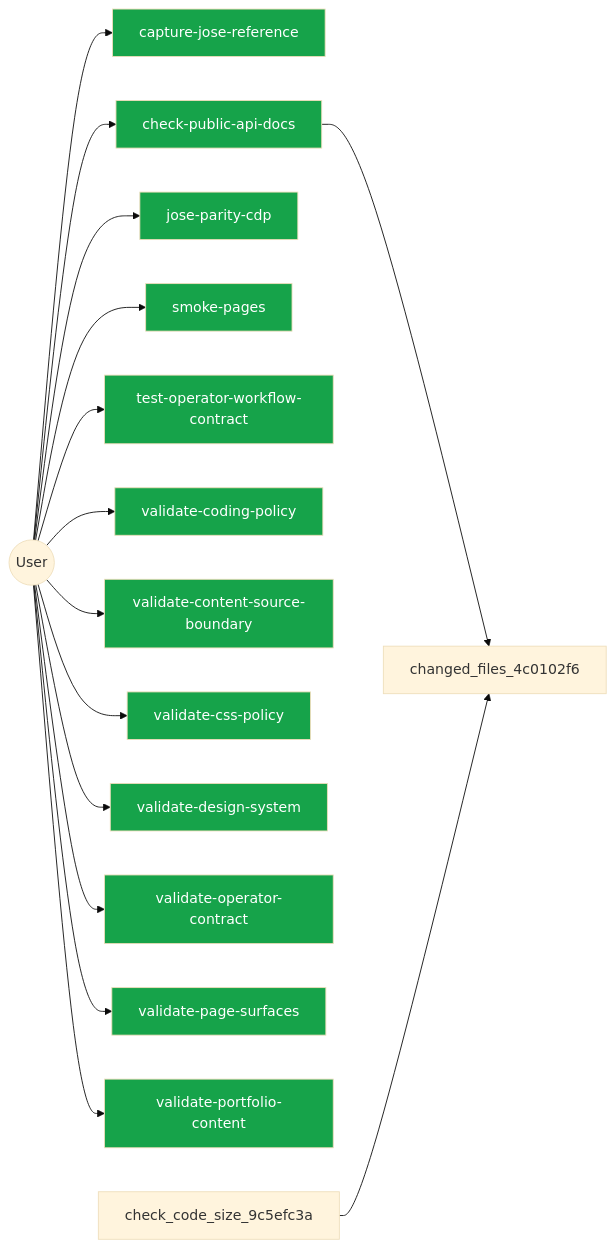
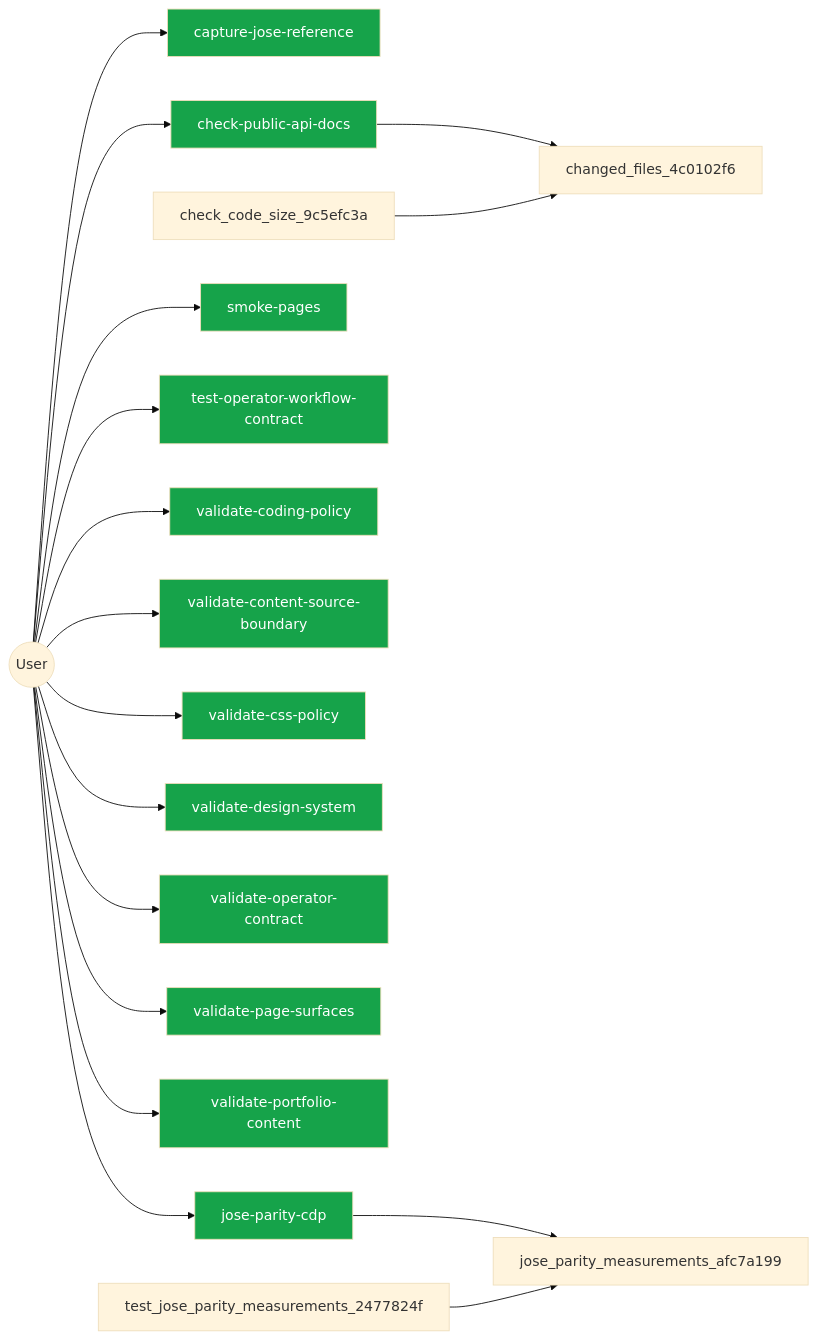
The diagram in .diagram/user.mmd (jscraik/websites), drawn with Mermaid (base theme) before and after one commit. The commit also changed 3 other files, not shown here.

First line of the commit message:
chore(diagram): refresh portfolio architecture projections

```diff
--- a/.diagram/user.mmd
+++ b/.diagram/user.mmd
@@ -1,30 +1,32 @@
 flowchart LR
   User(("User"))
   capture_jose_reference_e7b66705["capture-jose-reference"]
   User --> capture_jose_reference_e7b66705
   check_public_api_docs_a9604f1b["check-public-api-docs"]
   User --> check_public_api_docs_a9604f1b
   jose_parity_cdp_bdcde21d["jose-parity-cdp"]
   User --> jose_parity_cdp_bdcde21d
   smoke_pages_9a92b30d["smoke-pages"]
   User --> smoke_pages_9a92b30d
   test_operator_workflow_contract_b4a152d7["test-operator-workflow-contract"]
   User --> test_operator_workflow_contract_b4a152d7
   validate_coding_policy_29976175["validate-coding-policy"]
   User --> validate_coding_policy_29976175
   validate_content_source_boundary_8a6f121b["validate-content-source-boundary"]
   User --> validate_content_source_boundary_8a6f121b
   validate_css_policy_1c5ec854["validate-css-policy"]
   User --> validate_css_policy_1c5ec854
   validate_design_system_b8a5f37c["validate-design-system"]
   User --> validate_design_system_b8a5f37c
   validate_operator_contract_f777ed78["validate-operator-contract"]
   User --> validate_operator_contract_f777ed78
   validate_page_surfaces_078ef6b6["validate-page-surfaces"]
   User --> validate_page_surfaces_078ef6b6
   validate_portfolio_content_6d36990e["validate-portfolio-content"]
   User --> validate_portfolio_content_6d36990e
   check_public_api_docs_a9604f1b --> changed_files_4c0102f6
+  jose_parity_cdp_bdcde21d --> jose_parity_measurements_afc7a199
   check_code_size_9c5efc3a --> changed_files_4c0102f6
+  test_jose_parity_measurements_2477824f --> jose_parity_measurements_afc7a199
   classDef userNode fill:#16a34a,color:#fff
   class capture_jose_reference_e7b66705,check_public_api_docs_a9604f1b,jose_parity_cdp_bdcde21d,smoke_pages_9a92b30d,test_operator_workflow_contract_b4a152d7,validate_coding_policy_29976175,validate_content_source_boundary_8a6f121b,validate_css_policy_1c5ec854,validate_design_system_b8a5f37c,validate_operator_contract_f777ed78,validate_page_surfaces_078ef6b6,validate_portfolio_content_6d36990e userNode
```
